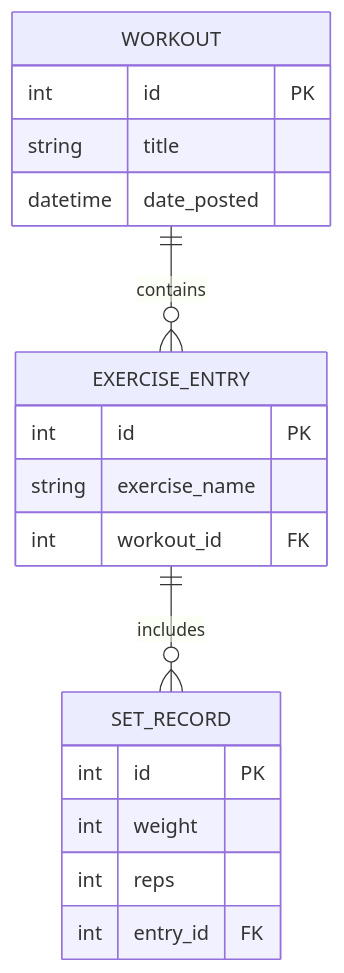
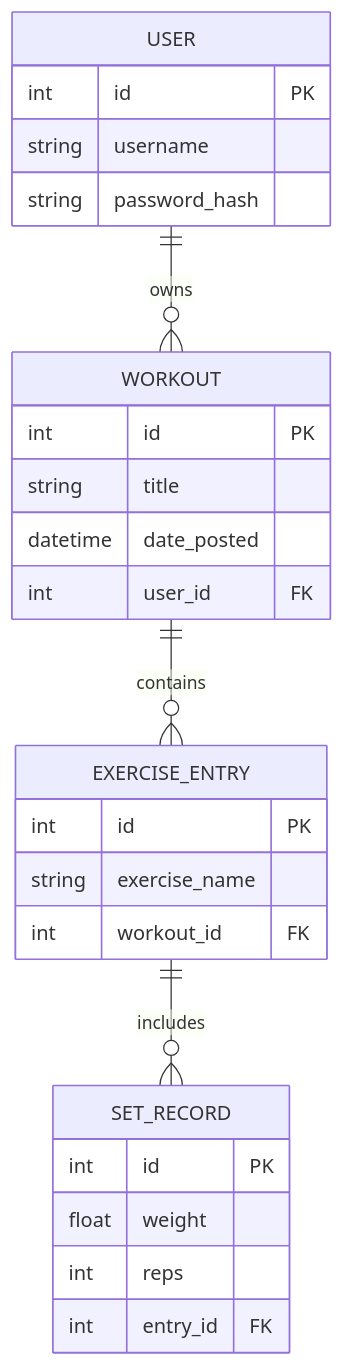
The diagram in README.md (StereoSnake/Workout-Tracker), drawn with Mermaid before and after one commit. The commit also changed other lines of this file and 6 other files, not shown here.

````diff
--- a/README.md
+++ b/README.md
@@ -63,21 +59,28 @@
 ```mermaid
 erDiagram
+    USER ||--o{ WORKOUT : owns
     WORKOUT ||--o{ EXERCISE_ENTRY : contains
     EXERCISE_ENTRY ||--o{ SET_RECORD : includes
+    USER {
+        int id PK
+        string username
+        string password_hash
+    }
     WORKOUT {
         int id PK
         string title
         datetime date_posted
+        int user_id FK
     }
     EXERCISE_ENTRY {
         int id PK
         string exercise_name
         int workout_id FK
     }
     SET_RECORD {
         int id PK
-        int weight
+        float weight
         int reps
         int entry_id FK
     }
 ```
````
